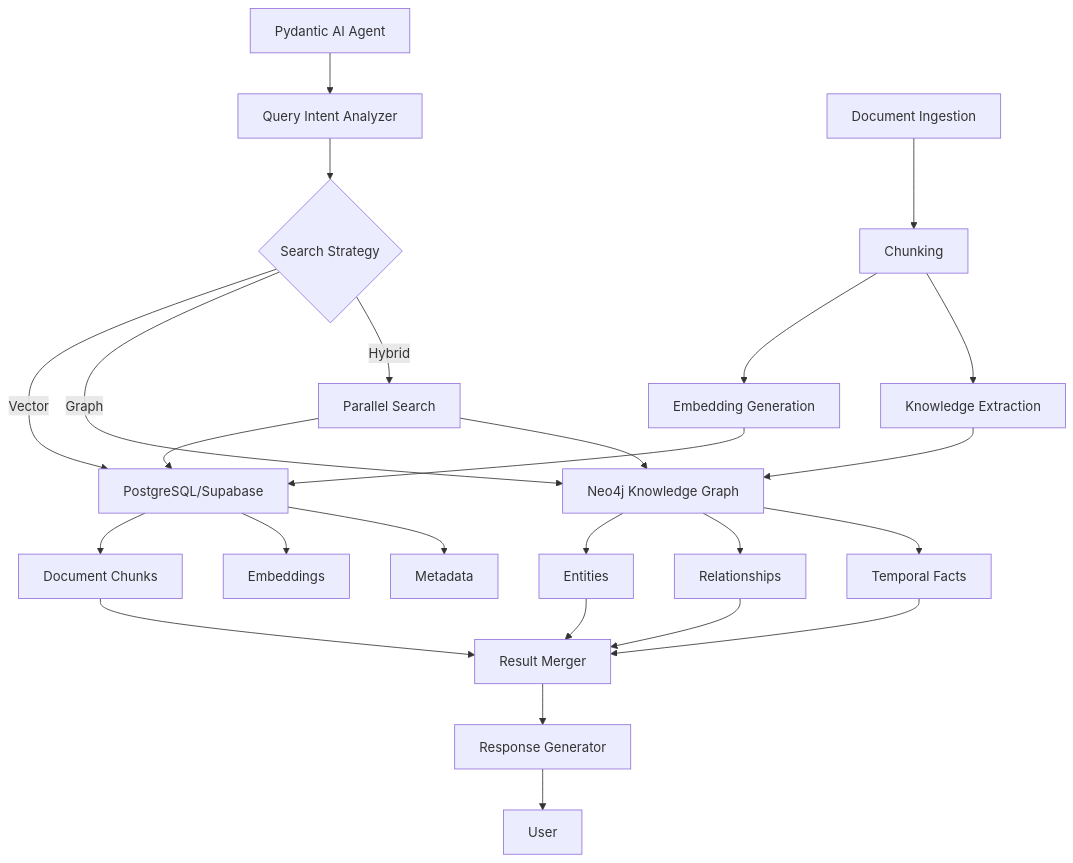
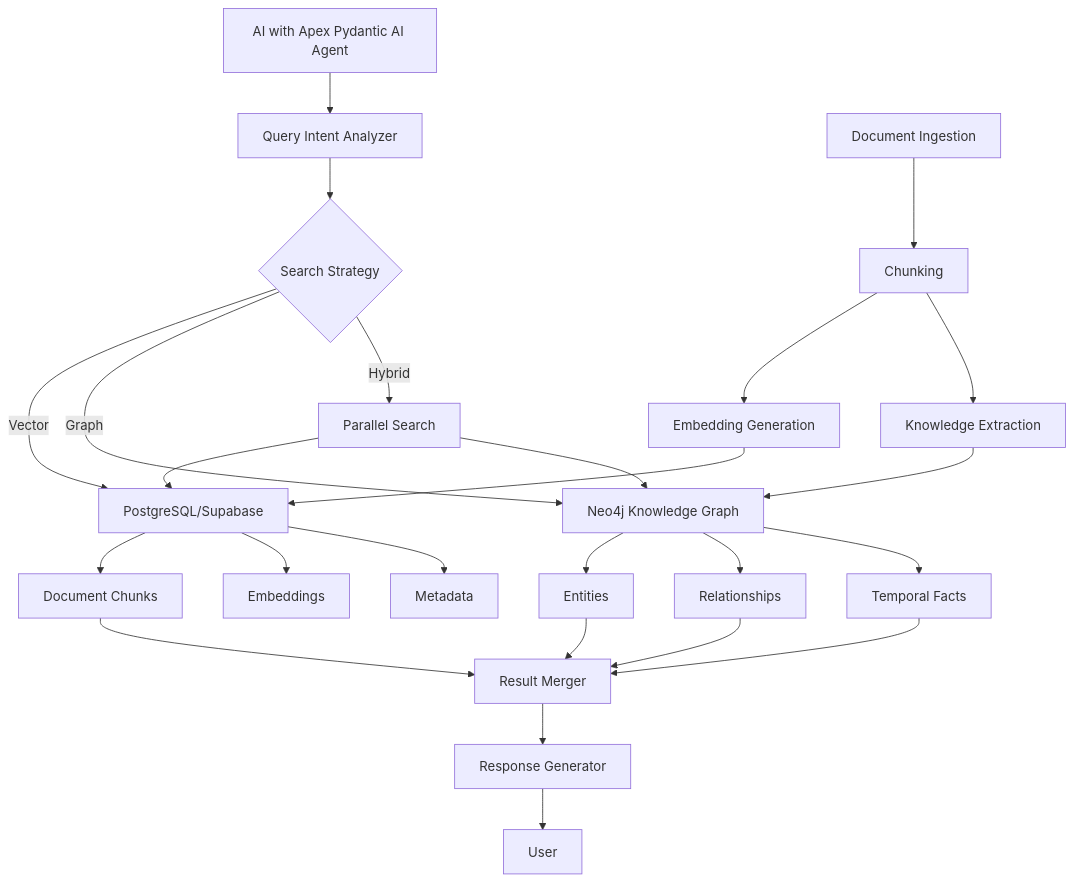
Before and after one commit to moshehbenavraham/knowledge-graph-pydantic-agent: the diagram in docs/DB_AND_RAG.md, drawn with Mermaid. The commit also changed 4 other files, not shown here.

````diff
--- a/docs/DB_AND_RAG.md
+++ b/docs/DB_AND_RAG.md
@@ -17,34 +17,34 @@
 ```mermaid
 graph TB
-    A[Pydantic AI Agent] --> B[Query Intent Analyzer]
+    A[AI with Apex Pydantic AI Agent] --> B[Query Intent Analyzer]
     B --> C{Search Strategy}
 
     C -->|Vector| D[PostgreSQL/Supabase]
     C -->|Graph| E[Neo4j Knowledge Graph]
     C -->|Hybrid| F[Parallel Search]
 
     D --> G[Document Chunks]
     D --> H[Embeddings]
     D --> I[Metadata]
 
     E --> J[Entities]
     E --> K[Relationships]
     E --> L[Temporal Facts]
 
     F --> D
     F --> E
 
     G --> M[Result Merger]
     J --> M
     K --> M
     L --> M
 
     M --> N[Response Generator]
     N --> O[User]
 
     P[Document Ingestion] --> Q[Chunking]
     Q --> R[Embedding Generation]
     R --> D
     Q --> S[Knowledge Extraction]
     S --> E
 ```
````
